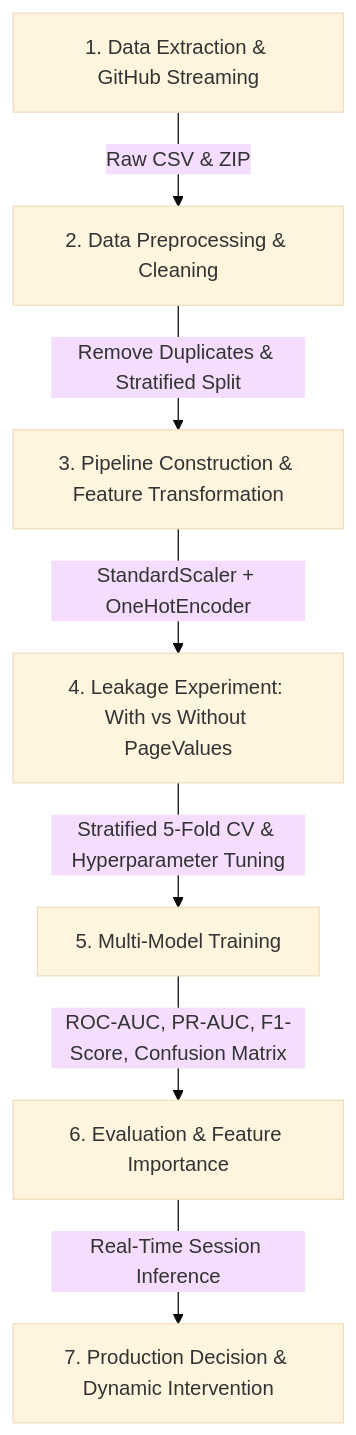
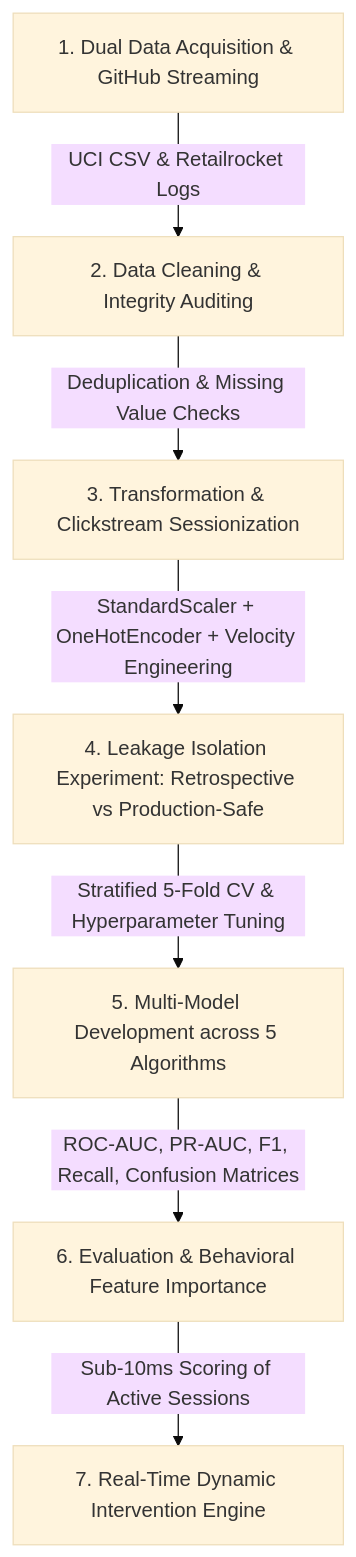
Before and after one commit to KshitijBhele/Predective-Analysis-CA3: the diagram in README.md, drawn with Mermaid (base theme). The commit also changed other lines of this file and 17 other files, not shown here.

````diff
--- a/README.md
+++ b/README.md
@@ -49,9 +44,9 @@
 ```mermaid
 graph TD
-    A[1. Data Extraction & GitHub Streaming] -->|Raw CSV & ZIP| B[2. Data Preprocessing & Cleaning]
-    B -->|Remove Duplicates & Stratified Split| C[3. Pipeline Construction & Feature Transformation]
-    C -->|StandardScaler + OneHotEncoder| D[4. Leakage Experiment: With vs Without PageValues]
-    D -->|Stratified 5-Fold CV & Hyperparameter Tuning| E[5. Multi-Model Training]
-    E -->|ROC-AUC, PR-AUC, F1-Score, Confusion Matrix| F[6. Evaluation & Feature Importance]
-    F -->|Real-Time Session Inference| G[7. Production Decision & Dynamic Intervention]
+    A[1. Dual Data Acquisition & GitHub Streaming] -->|UCI CSV & Retailrocket Logs| B[2. Data Cleaning & Integrity Auditing]
+    B -->|Deduplication & Missing Value Checks| C[3. Transformation & Clickstream Sessionization]
+    C -->|StandardScaler + OneHotEncoder + Velocity Engineering| D[4. Leakage Isolation Experiment: Retrospective vs Production-Safe]
+    D -->|Stratified 5-Fold CV & Hyperparameter Tuning| E[5. Multi-Model Development across 5 Algorithms]
+    E -->|ROC-AUC, PR-AUC, F1, Recall, Confusion Matrices| F[6. Evaluation & Behavioral Feature Importance]
+    F -->|Sub-10ms Scoring of Active Sessions| G[7. Real-Time Dynamic Intervention Engine]
 ```
````
